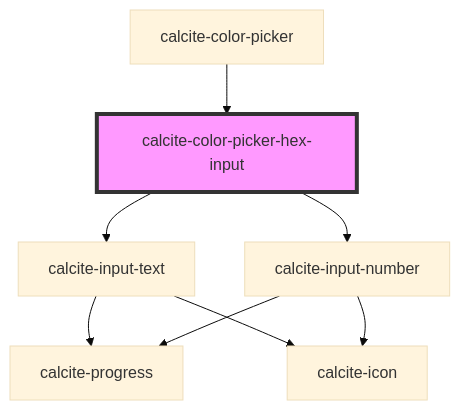
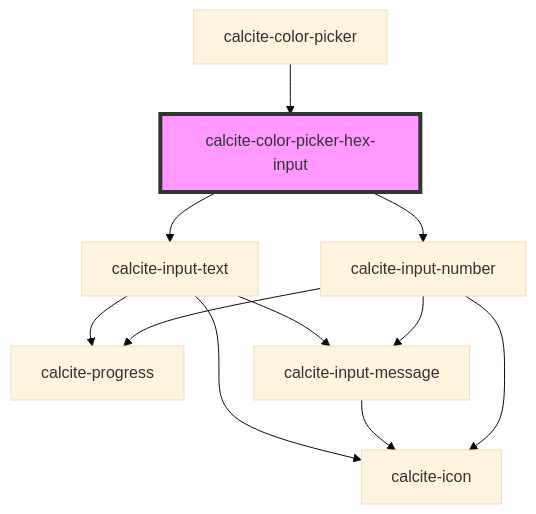
One commit to vikivakarvc/calcite-design-system changed the diagram in packages/calcite-components/src/components/color-picker-hex-input/readme.md. Above: the diagram before and after it, drawn with Mermaid (base theme). The commit also changed other lines of this file and 64 other files, not shown here.

````diff
--- a/packages/calcite-components/src/components/color-picker-hex-input/readme.md
+++ b/packages/calcite-components/src/components/color-picker-hex-input/readme.md
@@ -45,11 +45,14 @@
 ```mermaid
 graph TD;
   calcite-color-picker-hex-input --> calcite-input-text
   calcite-color-picker-hex-input --> calcite-input-number
   calcite-input-text --> calcite-progress
   calcite-input-text --> calcite-icon
+  calcite-input-text --> calcite-input-message
+  calcite-input-message --> calcite-icon
   calcite-input-number --> calcite-progress
   calcite-input-number --> calcite-icon
+  calcite-input-number --> calcite-input-message
   calcite-color-picker --> calcite-color-picker-hex-input
   style calcite-color-picker-hex-input fill:#f9f,stroke:#333,stroke-width:4px
 ```
````
